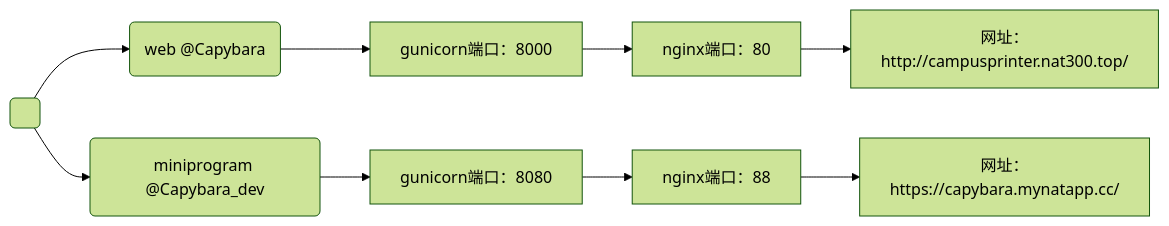
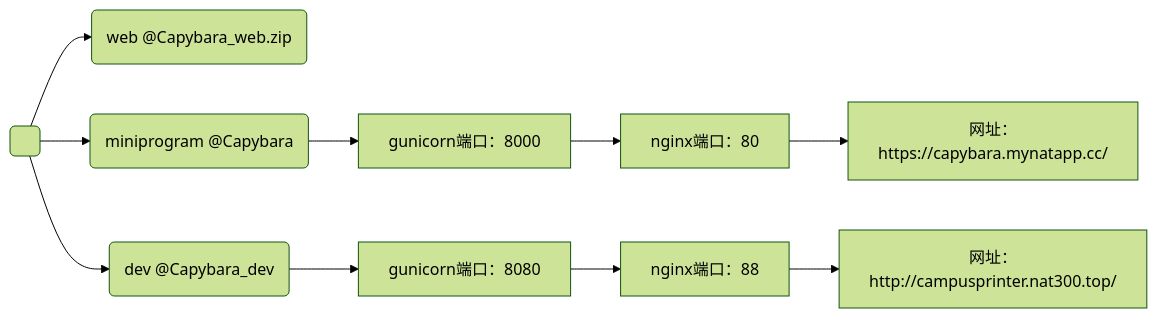
One commit to ZouJoelin/Capybara changed the diagram in README.md. Above: the diagram before and after it, drawn with Mermaid (forest theme). The commit also changed other lines of this file and 7 other files, not shown here.

````diff
--- a/README.md
+++ b/README.md
@@ -9,5 +9,7 @@
 ```mermaid
 graph LR
-ori( ) --> branch1(web @Capybara) --> gunicorn1[gunicorn端口：8000] --> nginx1[nginx端口：80] --> url1[网址：http://campusprinter.nat300.top/]
-ori --> branch2(miniprogram @Capybara_dev) --> gunicorn2[gunicorn端口：8080] --> nginx2[nginx端口：88] --> url2[网址：https://capybara.mynatapp.cc/]
+ori( ) --> branch0(web @Capybara_web.zip)
+ori( ) --> branch1(miniprogram @Capybara) --> gunicorn1[gunicorn端口：8000] --> nginx1[nginx端口：80] --> url1[网址：https://capybara.mynatapp.cc/]
+ori --> branch2(dev @Capybara_dev) --> gunicorn2[gunicorn端口：8080] --> nginx2[nginx端口：88] --> url2[网址：http://campusprinter.nat300.top/]
+
 ```
````
